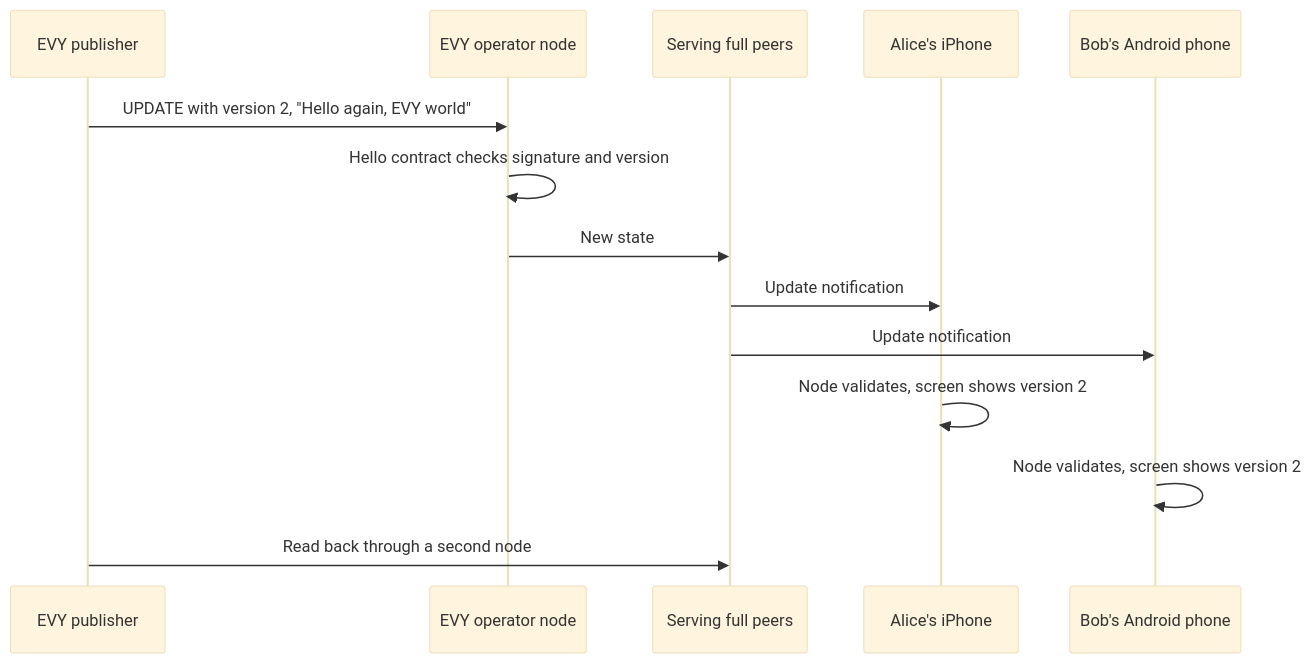
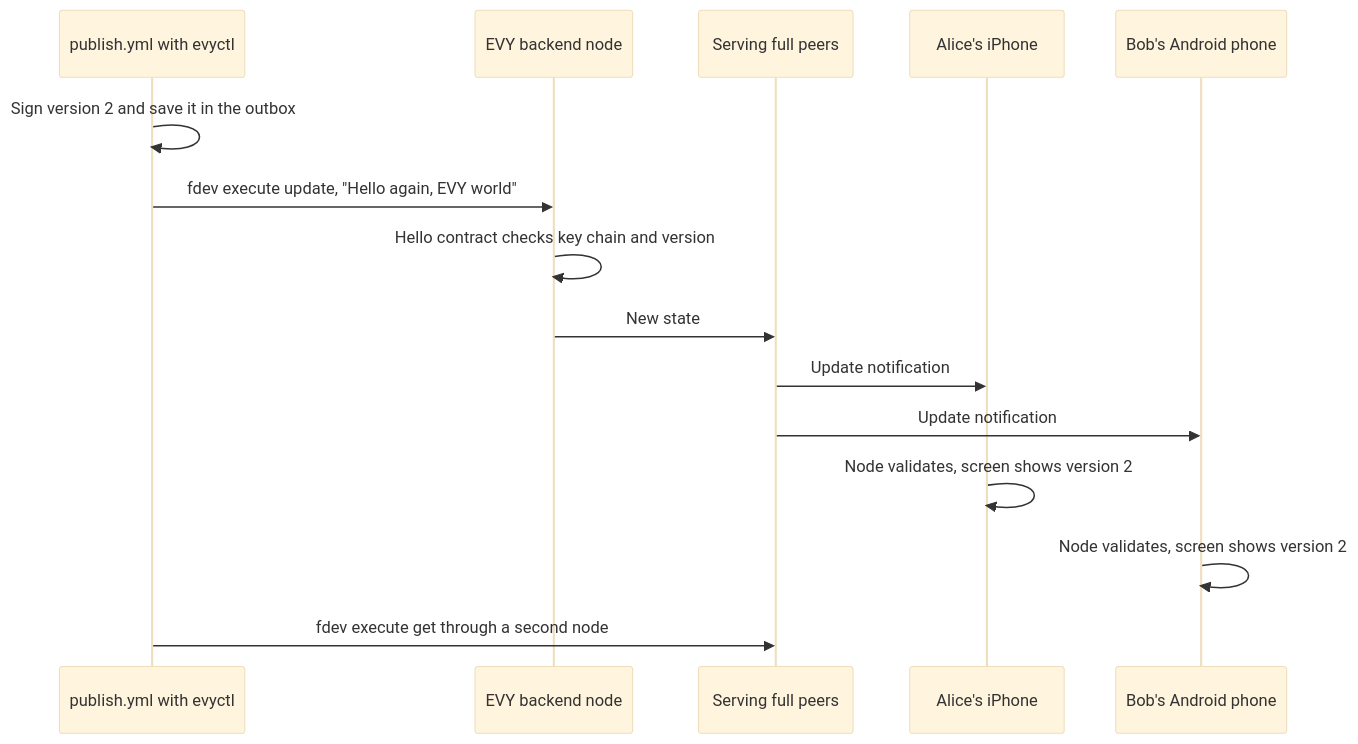
Before and after one commit to EVY-Platform/evy-freenet-plans: the fourth of 5 diagrams in 2-evy-on-freenet/01-hello-evy-world.md, drawn with Mermaid (base theme). The commit also changed other lines of this file and 34 other files, not shown here.

````diff
--- a/2-evy-on-freenet/01-hello-evy-world.md
+++ b/2-evy-on-freenet/01-hello-evy-world.md
@@ -154,16 +264,17 @@
 ```mermaid
 sequenceDiagram
-    participant Pub as EVY publisher
-    participant Op as EVY operator node
+    participant CI as publish.yml with evyctl
+    participant Op as EVY backend node
     participant Net as Serving full peers
     participant A as Alice's iPhone
     participant B as Bob's Android phone
-    Pub->>Op: UPDATE with version 2, "Hello again, EVY world"
-    Op->>Op: Hello contract checks signature and version
+    CI->>CI: Sign version 2 and save it in the outbox
+    CI->>Op: fdev execute update, "Hello again, EVY world"
+    Op->>Op: Hello contract checks key chain and version
     Op->>Net: New state
     Net->>A: Update notification
     Net->>B: Update notification
     A->>A: Node validates, screen shows version 2
     B->>B: Node validates, screen shows version 2
-    Pub->>Net: Read back through a second node
+    CI->>Net: fdev execute get through a second node
 ```
````
